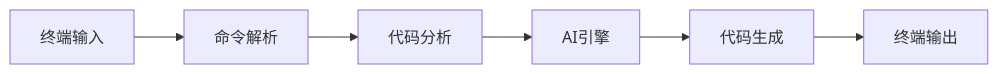
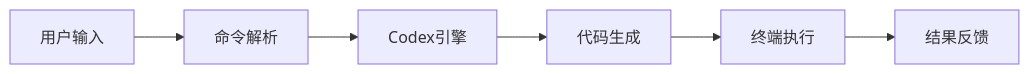
One commit to wayyoungboy/github-trending-reporter changed the sixth of 8 diagrams in reports/2026/01/2026-01-25.md. Above: the diagram before and after it, drawn with Mermaid. The commit also changed other lines of this file and 1 other file, not shown here.

````diff
--- a/reports/2026/01/2026-01-25.md
+++ b/reports/2026/01/2026-01-25.md
@@ -316,8 +323,8 @@
 ```mermaid
 graph LR
-    A[终端输入] --> B[命令解析]
-    B --> C[代码分析]
-    C --> D[AI引擎]
-    D --> E[代码生成]
-    E --> F[终端输出]
+    A[用户输入] --> B[命令解析]
+    B --> C[Codex引擎]
+    C --> D[代码生成]
+    D --> E[终端执行]
+    E --> F[结果反馈]
 ```
````
